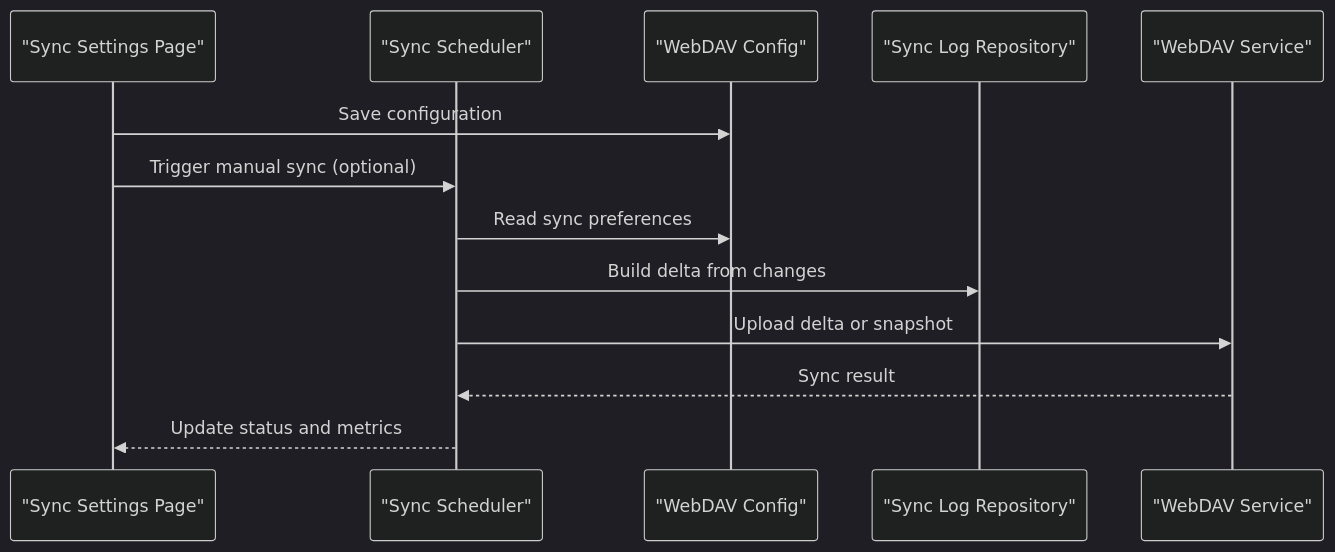
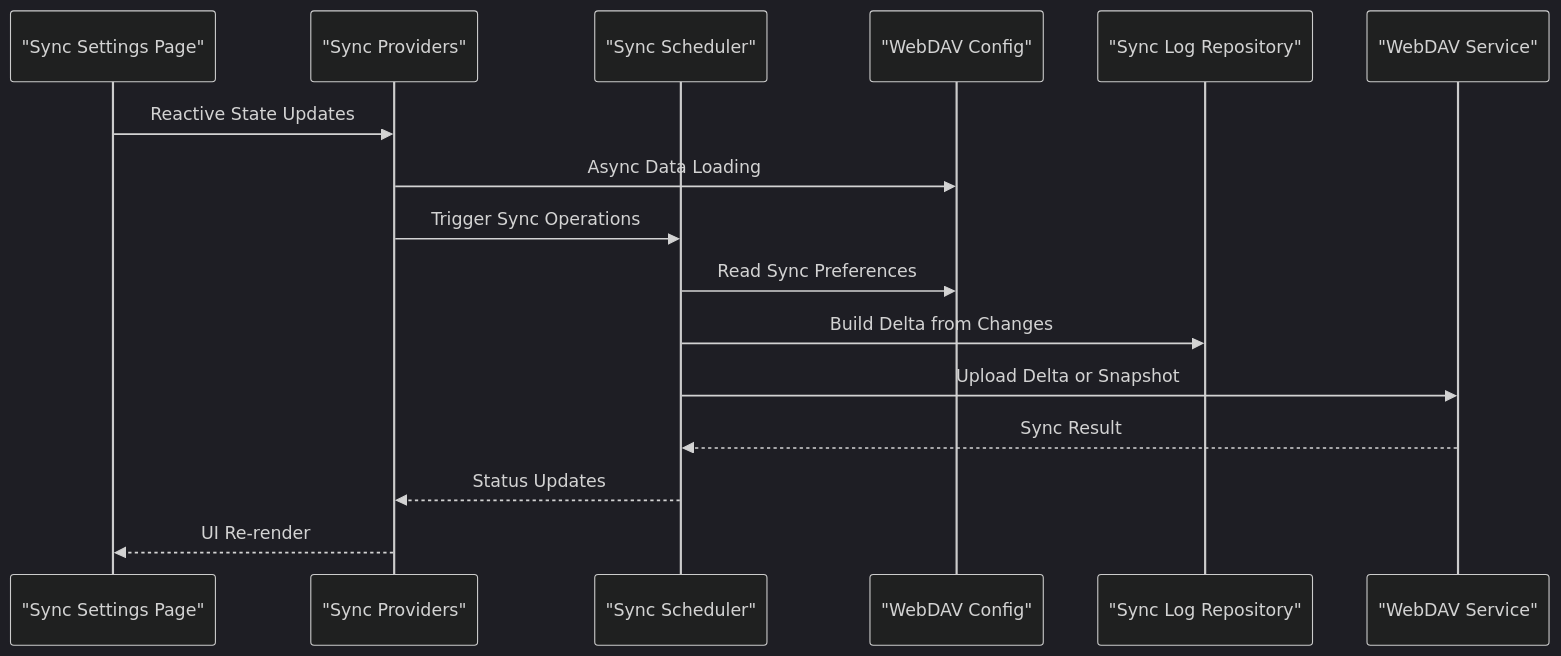
Before and after one commit to favoroo/QNote: the second of 10 diagrams in .qoder/repowiki/en/content/Core Features/Cloud Synchronization.md, drawn with Mermaid (dark theme). The commit also changed other lines of this file and 65 other files, not shown here.

First line of the commit message:
docs: 新增项目文档与配置文件，修复AI提取与热力图问题

````diff
--- a/.qoder/repowiki/en/content/Core Features/Cloud Synchronization.md
+++ b/.qoder/repowiki/en/content/Core Features/Cloud Synchronization.md
@@ -91,15 +110,18 @@
 ```mermaid
 sequenceDiagram
 participant UI as "Sync Settings Page"
+participant SP as "Sync Providers"
 participant SCH as "Sync Scheduler"
 participant CFG as "WebDAV Config"
 participant LOG as "Sync Log Repository"
 participant NET as "WebDAV Service"
-UI->>CFG : Save configuration
-UI->>SCH : Trigger manual sync (optional)
-SCH->>CFG : Read sync preferences
-SCH->>LOG : Build delta from changes
-SCH->>NET : Upload delta or snapshot
-NET-->>SCH : Sync result
-SCH-->>UI : Update status and metrics
+UI->>SP : Reactive State Updates
+SP->>CFG : Async Data Loading
+SP->>SCH : Trigger Sync Operations
+SCH->>CFG : Read Sync Preferences
+SCH->>LOG : Build Delta from Changes
+SCH->>NET : Upload Delta or Snapshot
+NET-->>SCH : Sync Result
+SCH-->>SP : Status Updates
+SP-->>UI : UI Re-render
 ```
````
